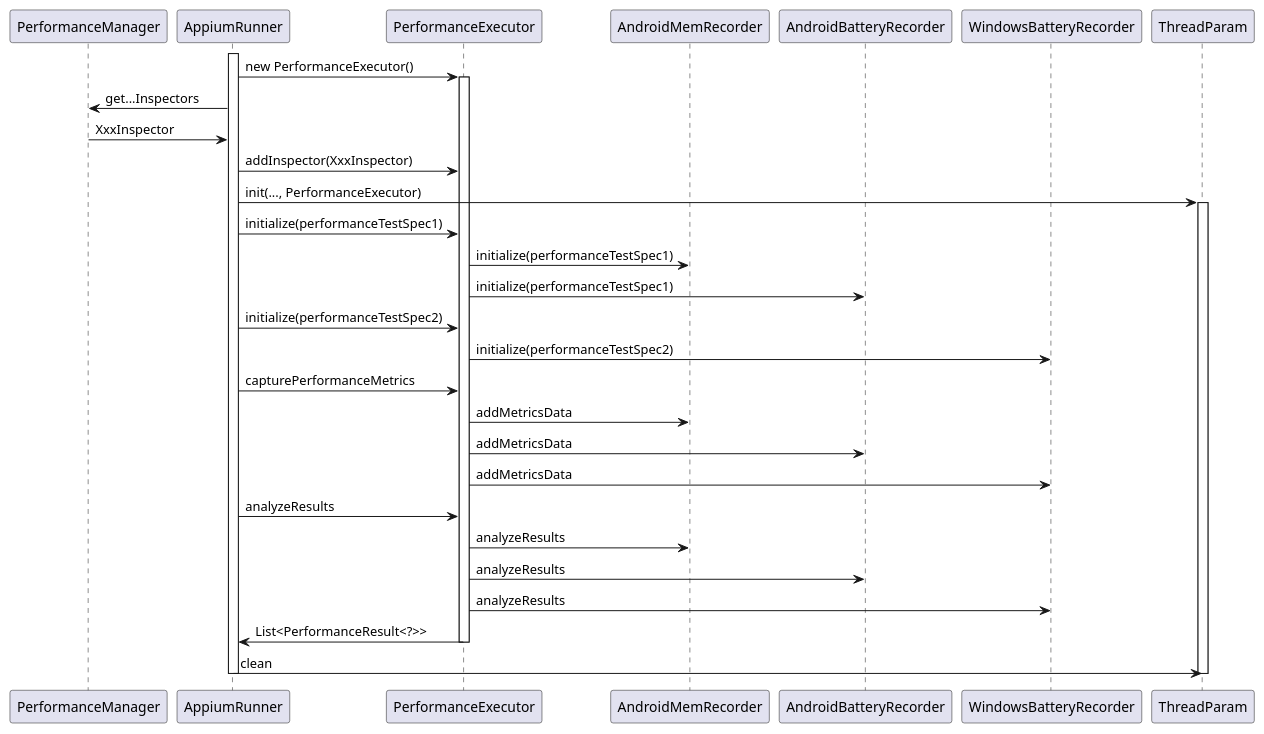
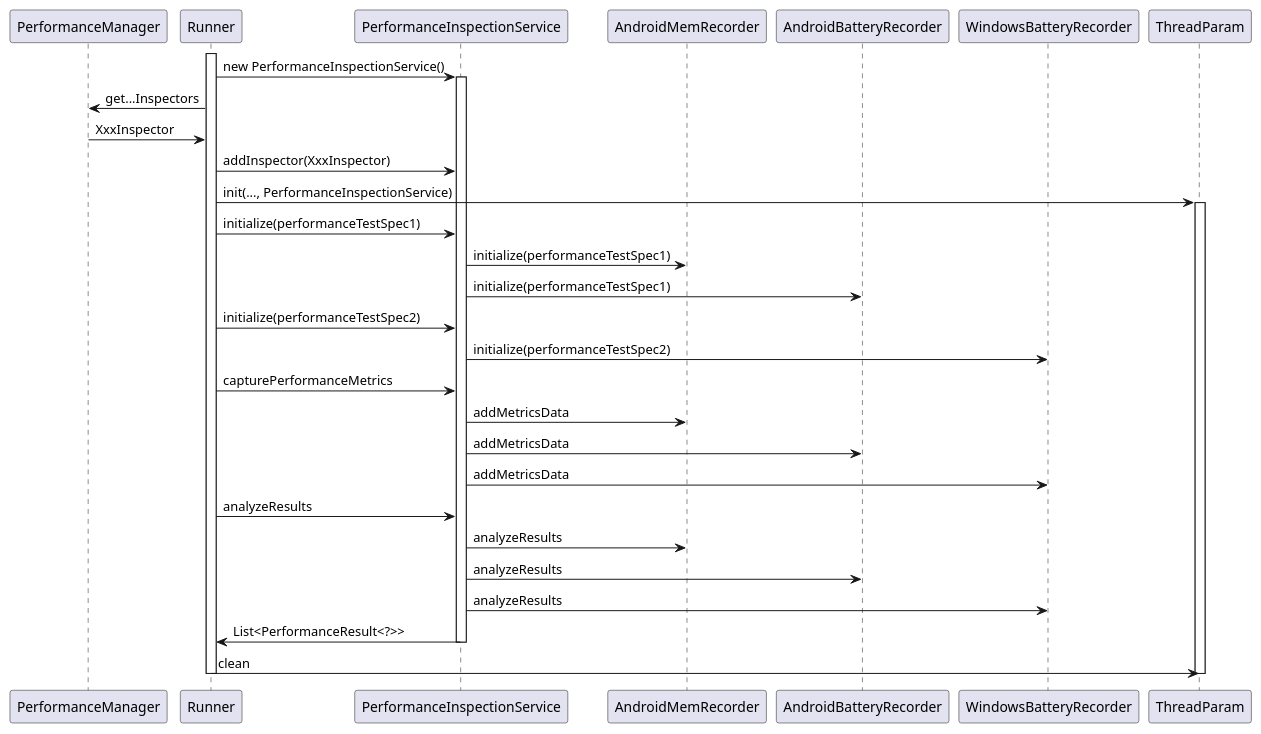
The second of 2 diagrams in agent/doc/UML/perf_design.puml (microsoft/HydraLab), drawn with PlantUML before and after one commit. The commit also changed other lines of this file and 18 other files, not shown here.

Commit message:
1. Move PerformanceManager to TestRunner 2. Change int Type to String type list 3. Build PerformanceInspectionService in TestRunner 4. Update class UML TODO: Update sequence

```diff
--- a/agent/doc/UML/perf_design.puml
+++ b/agent/doc/UML/perf_design.puml
@@ -63,36 +83,36 @@
 @startuml
 participant PerformanceManager
-participant AppiumRunner
-participant PerformanceExecutor
+participant Runner
+participant PerformanceInspectionService
 participant AndroidMemRecorder
 participant AndroidBatteryRecorder
 participant WindowsBatteryRecorder
 participant ThreadParam
 
-activate AppiumRunner
-AppiumRunner -> PerformanceExecutor : new PerformanceExecutor()
-activate PerformanceExecutor
-AppiumRunner -> PerformanceManager: get...Inspectors
-PerformanceManager -> AppiumRunner: XxxInspector
-AppiumRunner -> PerformanceExecutor : addInspector(XxxInspector)
-AppiumRunner -> ThreadParam: init(..., PerformanceExecutor)
+activate Runner
+Runner -> PerformanceInspectionService : new PerformanceInspectionService()
+activate PerformanceInspectionService
+Runner -> PerformanceManager: get...Inspectors
+PerformanceManager -> Runner: XxxInspector
+Runner -> PerformanceInspectionService : addInspector(XxxInspector)
+Runner -> ThreadParam: init(..., PerformanceInspectionService)
 activate ThreadParam
-AppiumRunner -> PerformanceExecutor : initialize(performanceTestSpec1)
-PerformanceExecutor -> AndroidMemRecorder : initialize(performanceTestSpec1)
-PerformanceExecutor -> AndroidBatteryRecorder : initialize(performanceTestSpec1)
-AppiumRunner -> PerformanceExecutor : initialize(performanceTestSpec2)
-PerformanceExecutor -> WindowsBatteryRecorder : initialize(performanceTestSpec2)
-AppiumRunner -> PerformanceExecutor : capturePerformanceMetrics
-PerformanceExecutor -> AndroidMemRecorder : addMetricsData
-PerformanceExecutor -> AndroidBatteryRecorder : addMetricsData
-PerformanceExecutor -> WindowsBatteryRecorder : addMetricsData
-AppiumRunner -> PerformanceExecutor : analyzeResults
-PerformanceExecutor -> AndroidMemRecorder : analyzeResults
-PerformanceExecutor -> AndroidBatteryRecorder : analyzeResults
-PerformanceExecutor -> WindowsBatteryRecorder : analyzeResults
-PerformanceExecutor -> AppiumRunner: List<PerformanceResult<?>>
-deactivate PerformanceExecutor
-AppiumRunner -> ThreadParam: clean
+Runner -> PerformanceInspectionService : initialize(performanceTestSpec1)
+PerformanceInspectionService -> AndroidMemRecorder : initialize(performanceTestSpec1)
+PerformanceInspectionService -> AndroidBatteryRecorder : initialize(performanceTestSpec1)
+Runner -> PerformanceInspectionService : initialize(performanceTestSpec2)
+PerformanceInspectionService -> WindowsBatteryRecorder : initialize(performanceTestSpec2)
+Runner -> PerformanceInspectionService : capturePerformanceMetrics
+PerformanceInspectionService -> AndroidMemRecorder : addMetricsData
+PerformanceInspectionService -> AndroidBatteryRecorder : addMetricsData
+PerformanceInspectionService -> WindowsBatteryRecorder : addMetricsData
+Runner -> PerformanceInspectionService : analyzeResults
+PerformanceInspectionService -> AndroidMemRecorder : analyzeResults
+PerformanceInspectionService -> AndroidBatteryRecorder : analyzeResults
+PerformanceInspectionService -> WindowsBatteryRecorder : analyzeResults
+PerformanceInspectionService -> Runner: List<PerformanceResult<?>>
+deactivate PerformanceInspectionService
+Runner -> ThreadParam: clean
 deactivate ThreadParam
-deactivate AppiumRunner
+deactivate Runner
 @enduml
```
